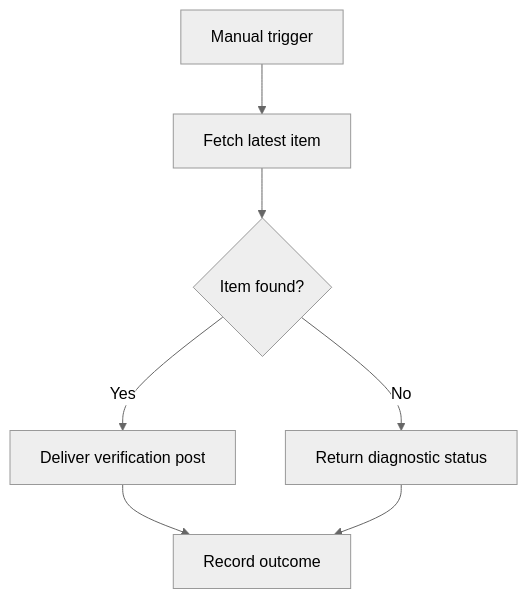
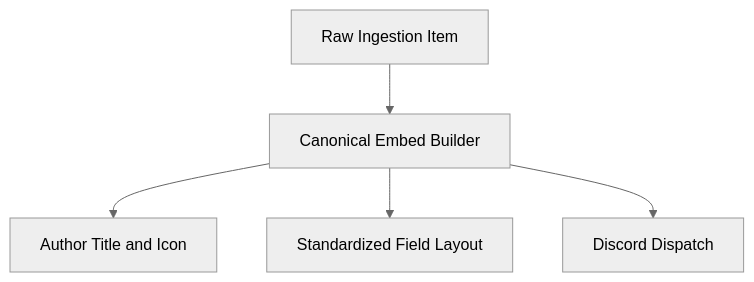
The seventh of 11 diagrams in ROADMAP.md (HELIX-Origin/HELIX-Discord-Bot), drawn with Mermaid (neutral theme) before and after one commit. The commit also changed other lines of this file and 7 other files, not shown here.

Commit message:
docs: align root tracking files and templates with active-first layout and full repo roadmap

````diff
--- a/ROADMAP.md
+++ b/ROADMAP.md
@@ -126,9 +212,7 @@
 ```mermaid
 flowchart TD
-    A["Manual trigger"] --> B["Fetch latest item"]
-    B --> C{"Item found?"}
-    C -->|Yes| D["Deliver verification post"]
-    C -->|No| E["Return diagnostic status"]
-    D --> F["Record outcome"]
-    E --> F
+    A["Raw Ingestion Item"] --> B["Canonical Embed Builder"]
+    B --> C["Author Title and Icon"]
+    B --> D["Standardized Field Layout"]
+    B --> E["Discord Dispatch"]
 ```
````
